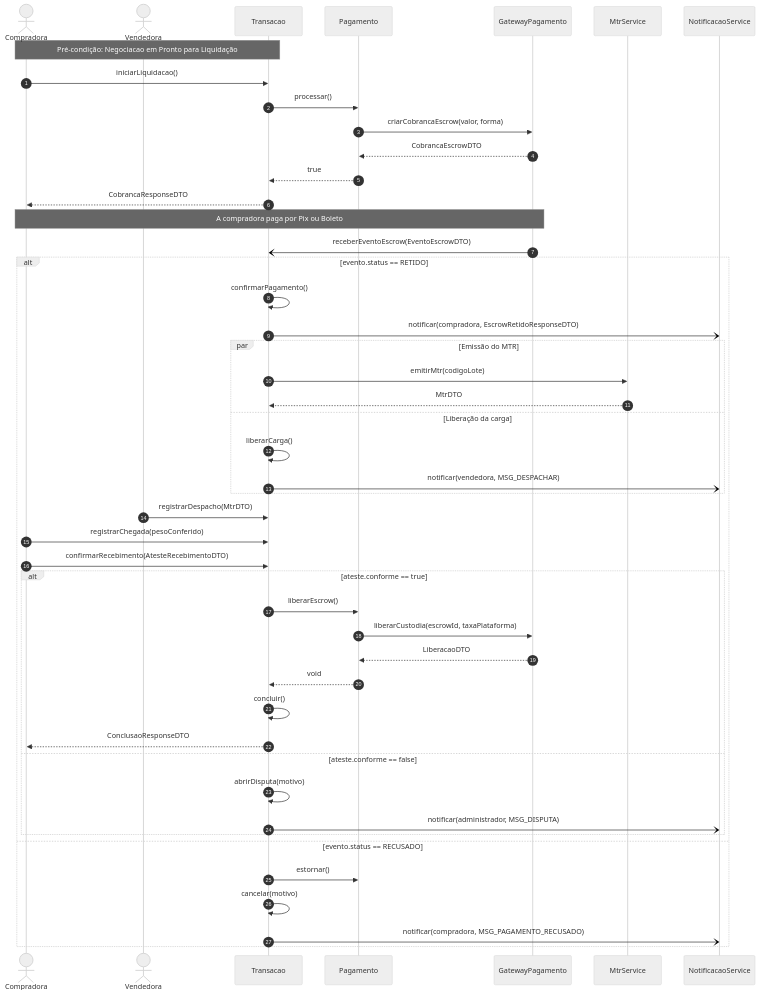
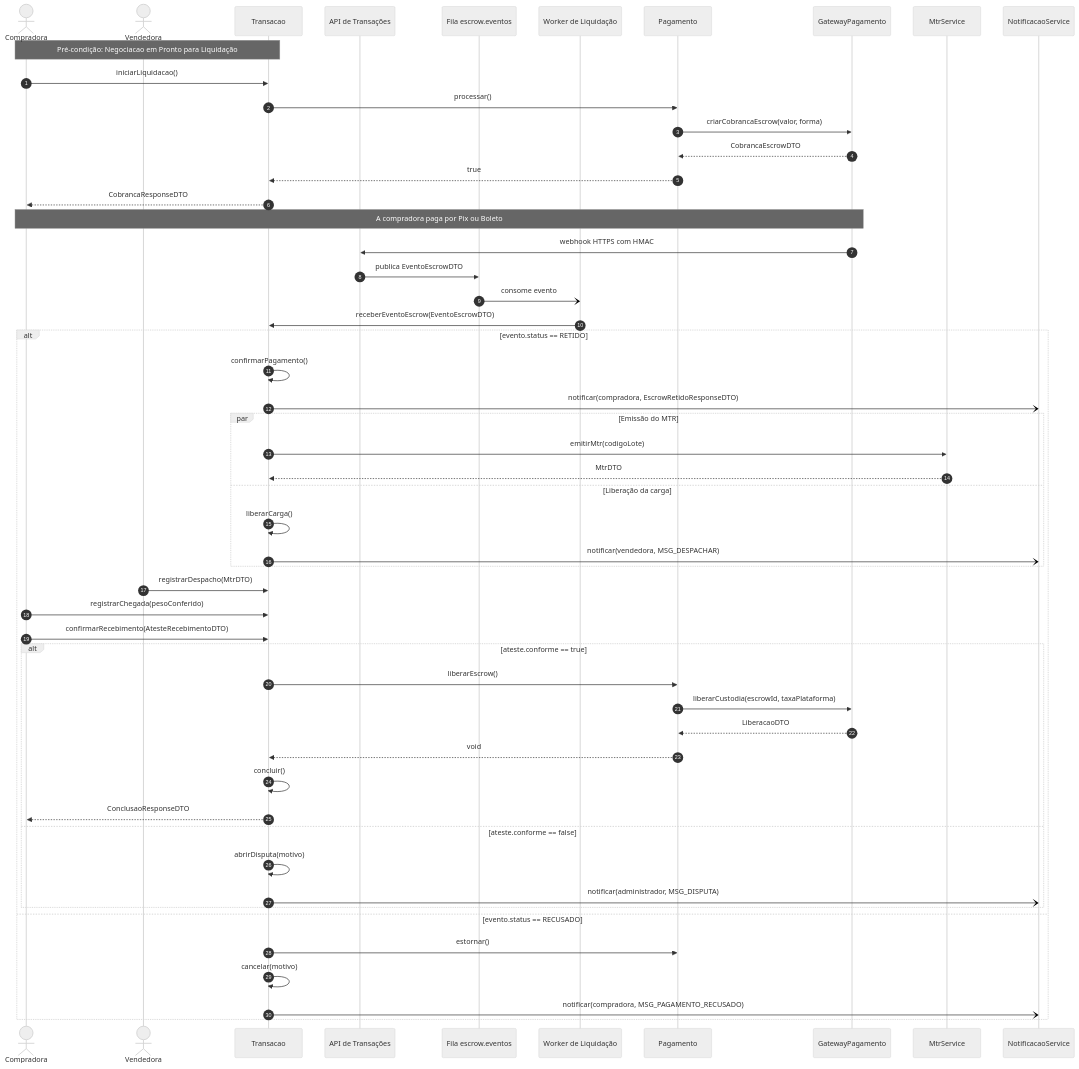
One commit to alphabetasCMD/btm-arquitetura changed the diagram in docs/architecture/kauan/sequencia.mmd. Above: the diagram before and after it, drawn with Mermaid (neutral theme).

Commit message:
fix(sequencia): webhook passa pela API, fila e Worker

```diff
--- a/docs/architecture/kauan/sequencia.mmd
+++ b/docs/architecture/kauan/sequencia.mmd
@@ -1,50 +1,56 @@
 sequenceDiagram
     autonumber
     actor Comp as Compradora
     actor Vend as Vendedora
     participant T as Transacao
+    participant API as API de Transações
+    participant F as Fila escrow.eventos
+    participant W as Worker de Liquidação
     participant P as Pagamento
     participant G as GatewayPagamento
     participant M as MtrService
     participant N as NotificacaoService
 
     Note over Comp,T: Pré-condição: Negociacao em Pronto para Liquidação
     Comp->>T: iniciarLiquidacao()
     T->>P: processar()
     P->>G: criarCobrancaEscrow(valor, forma)
     G-->>P: CobrancaEscrowDTO
     P-->>T: true
     T-->>Comp: CobrancaResponseDTO
 
     Note over Comp,G: A compradora paga por Pix ou Boleto
-    G-)T: receberEventoEscrow(EventoEscrowDTO)
+    G->>API: webhook HTTPS com HMAC
+    API->>F: publica EventoEscrowDTO
+    F-)W: consome evento
+    W->>T: receberEventoEscrow(EventoEscrowDTO)
 
     alt evento.status == RETIDO
         T->>T: confirmarPagamento()
         T-)N: notificar(compradora, EscrowRetidoResponseDTO)
         par Emissão do MTR
             T->>M: emitirMtr(codigoLote)
             M-->>T: MtrDTO
         and Liberação da carga
             T->>T: liberarCarga()
             T-)N: notificar(vendedora, MSG_DESPACHAR)
         end
         Vend->>T: registrarDespacho(MtrDTO)
         Comp->>T: registrarChegada(pesoConferido)
         Comp->>T: confirmarRecebimento(AtesteRecebimentoDTO)
         alt ateste.conforme == true
             T->>P: liberarEscrow()
             P->>G: liberarCustodia(escrowId, taxaPlataforma)
             G-->>P: LiberacaoDTO
             P-->>T: void
             T->>T: concluir()
             T-->>Comp: ConclusaoResponseDTO
         else ateste.conforme == false
             T->>T: abrirDisputa(motivo)
             T-)N: notificar(administrador, MSG_DISPUTA)
         end
     else evento.status == RECUSADO
         T->>P: estornar()
         T->>T: cancelar(motivo)
         T-)N: notificar(compradora, MSG_PAGAMENTO_RECUSADO)
     end
```
